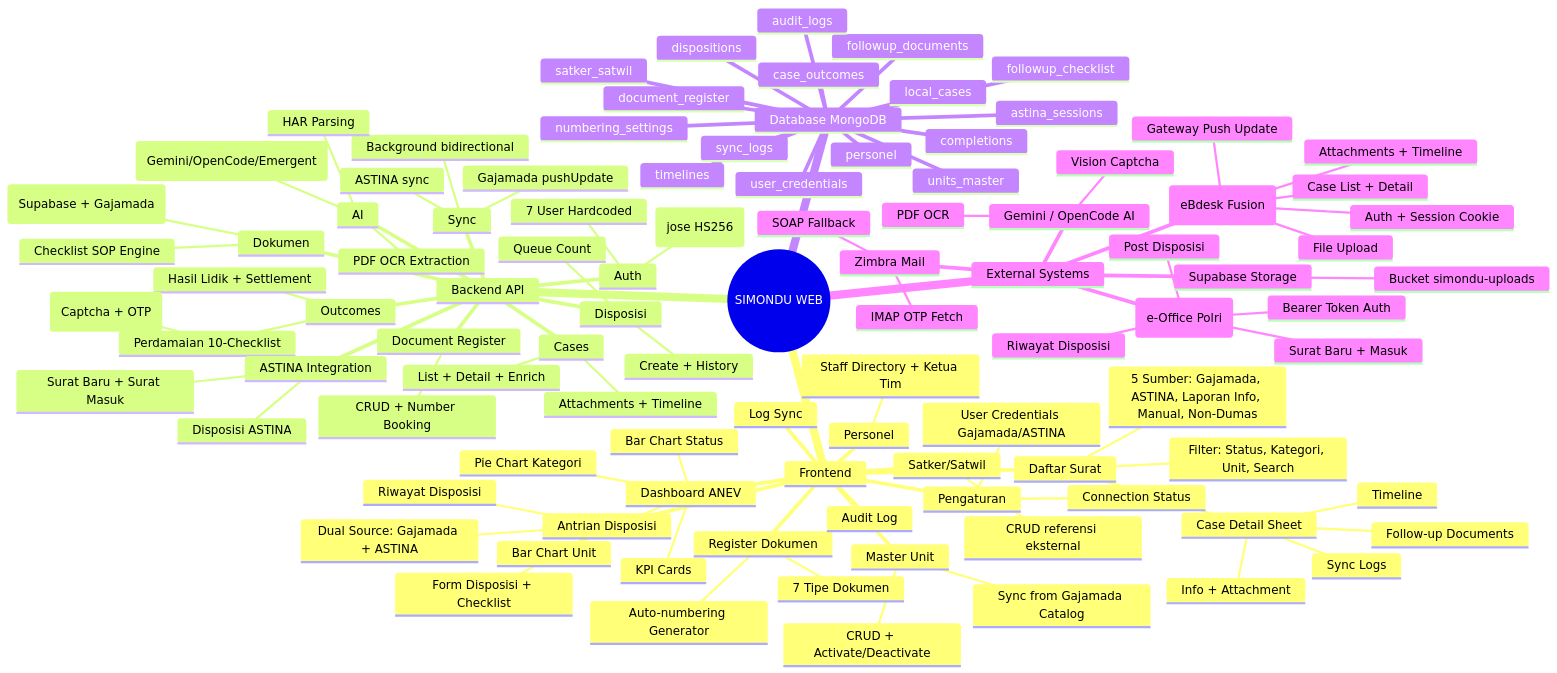
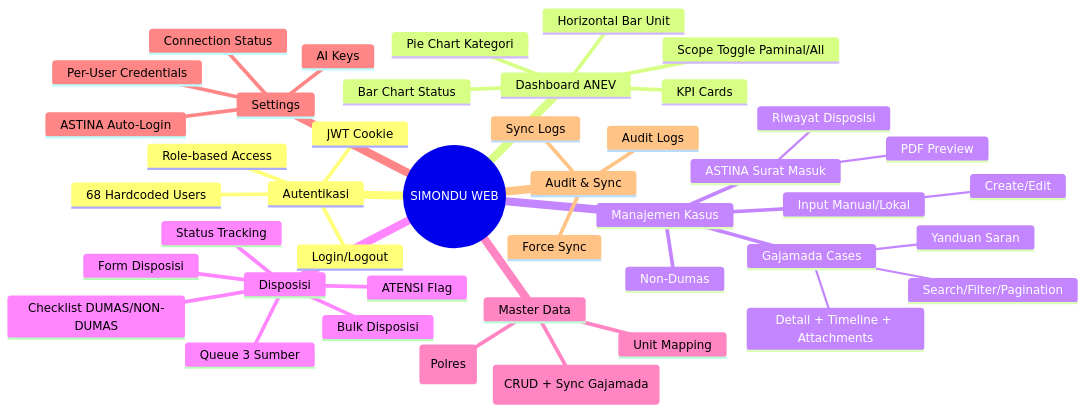
Before and after one commit to Kilodash/SIMONDU_WEB: the diagram in brain/mindmap.md, drawn with Mermaid. The commit also changed other lines of this file and 31 other files, not shown here.

````diff
--- a/brain/mindmap.md
+++ b/brain/mindmap.md
@@ -10,104 +10,46 @@
 ```mermaid
 mindmap
   root((SIMONDU WEB))
-    Frontend
-      Dashboard ANEV
-        KPI Cards
-        Bar Chart Status
-        Pie Chart Kategori
-        Bar Chart Unit
-      Daftar Surat
-        Filter: Status, Kategori, Unit, Search
-        5 Sumber: Gajamada, ASTINA, Laporan Info, Manual, Non-Dumas
-        Case Detail Sheet
-          Info + Attachment
-          Follow-up Documents
-          Timeline
-          Sync Logs
-      Antrian Disposisi
-        Dual Source: Gajamada + ASTINA
-        Form Disposisi + Checklist
+    Autentikasi
+      Login/Logout
+      JWT Cookie
+      Role-based Access
+      68 Hardcoded Users
+    Dashboard ANEV
+      KPI Cards
+      Bar Chart Status
+      Pie Chart Kategori
+      Horizontal Bar Unit
+      Scope Toggle Paminal/All
+    Manajemen Kasus
+      Gajamada Cases
+        Search/Filter/Pagination
+        Detail + Timeline + Attachments
+        Yanduan Saran
+      ASTINA Surat Masuk
+        PDF Preview
         Riwayat Disposisi
-      Master Unit
-        CRUD + Activate/Deactivate
-        Sync from Gajamada Catalog
-      Satker/Satwil
-        CRUD referensi eksternal
-      Register Dokumen
-        7 Tipe Dokumen
-        Auto-numbering Generator
-      Personel
-        Staff Directory + Ketua Tim
-      Log Sync
-      Audit Log
-      Pengaturan
-        User Credentials Gajamada/ASTINA
-        Connection Status
-    Backend API
-      Auth
-        JWT Cookie (jose HS256)
-        7 User Hardcoded
-      Cases
-        List + Detail + Enrich
-        Attachments + Timeline
-      Disposisi
-        Create + History
-        Queue Count
-      Dokumen
-        Upload Dual (Supabase + Gajamada)
-        Checklist SOP Engine
-      Outcomes
-        Hasil Lidik + Settlement
-        Perdamaian 10-Checklist
-      Sync
-        Background bidirectional
-        Gajamada pushUpdate
-        ASTINA sync
-      Document Register
-        CRUD + Number Booking
-      ASTINA Integration
-        Auto-login (Captcha + OTP)
-        Surat Baru + Surat Masuk
-        Disposisi ASTINA
-      AI
-        Captcha Solving (Gemini/OpenCode/Emergent)
-        PDF OCR Extraction
-        HAR Parsing
-    Database MongoDB
-      dispositions
-      timelines
-      followup_documents
-      sync_logs
-      audit_logs
-      units_master
-      completions
-      followup_checklist
-      case_outcomes
-      satker_satwil
-      numbering_settings
-      local_cases
-      astina_sessions
-      document_register
-      personel
-      user_credentials
-    External Systems
-      Gajamada (eBdesk Fusion)
-        Auth + Session Cookie
-        Case List + Detail
-        Attachments + Timeline
-        Gateway Push Update
-        File Upload
-      ASTINA (e-Office Polri)
-        Bearer Token Auth
-        Surat Baru + Masuk
-        Riwayat Disposisi
-        Post Disposisi
-      Supabase Storage
-        Bucket simondu-uploads
-      Gemini / OpenCode AI
-        Vision Captcha
-        PDF OCR
-      Zimbra Mail
-        IMAP OTP Fetch
-        SOAP Fallback
+      Input Manual/Lokal
+        Create/Edit
+      Non-Dumas
+    Disposisi
+      Queue 3 Sumber
+      Form Disposisi
+      Checklist DUMAS/NON-DUMAS
+      ATENSI Flag
+      Status Tracking
+      Bulk Disposisi
+    Master Data
+      Unit (CRUD + Sync Gajamada)
+      Satker/Satwil (Polres)
+      Unit Mapping
+    Settings
+      Per-User Credentials
+      Connection Status
+      ASTINA Auto-Login
+      AI Keys
+    Audit & Sync
+      Audit Logs
+      Sync Logs
+      Force Sync
 ```
````
